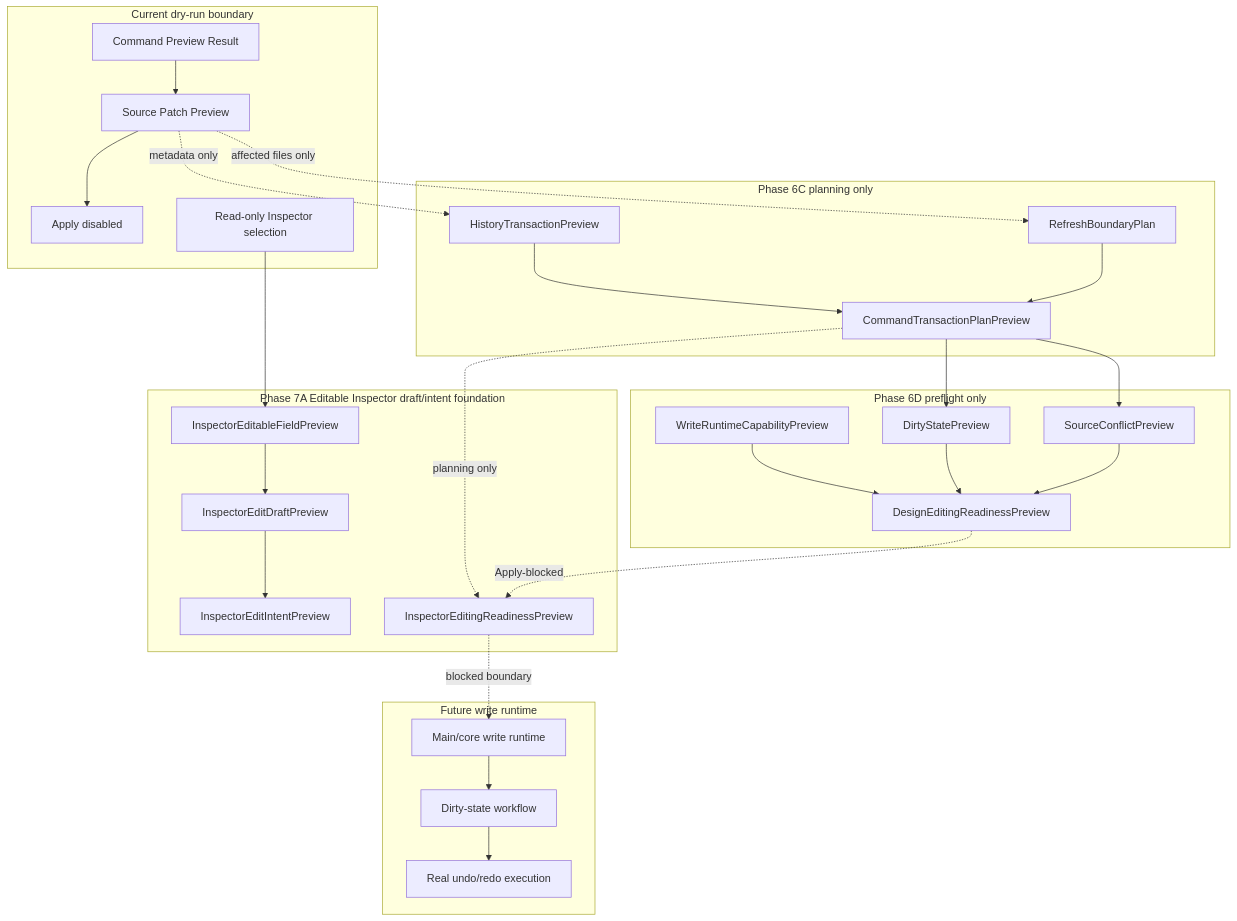
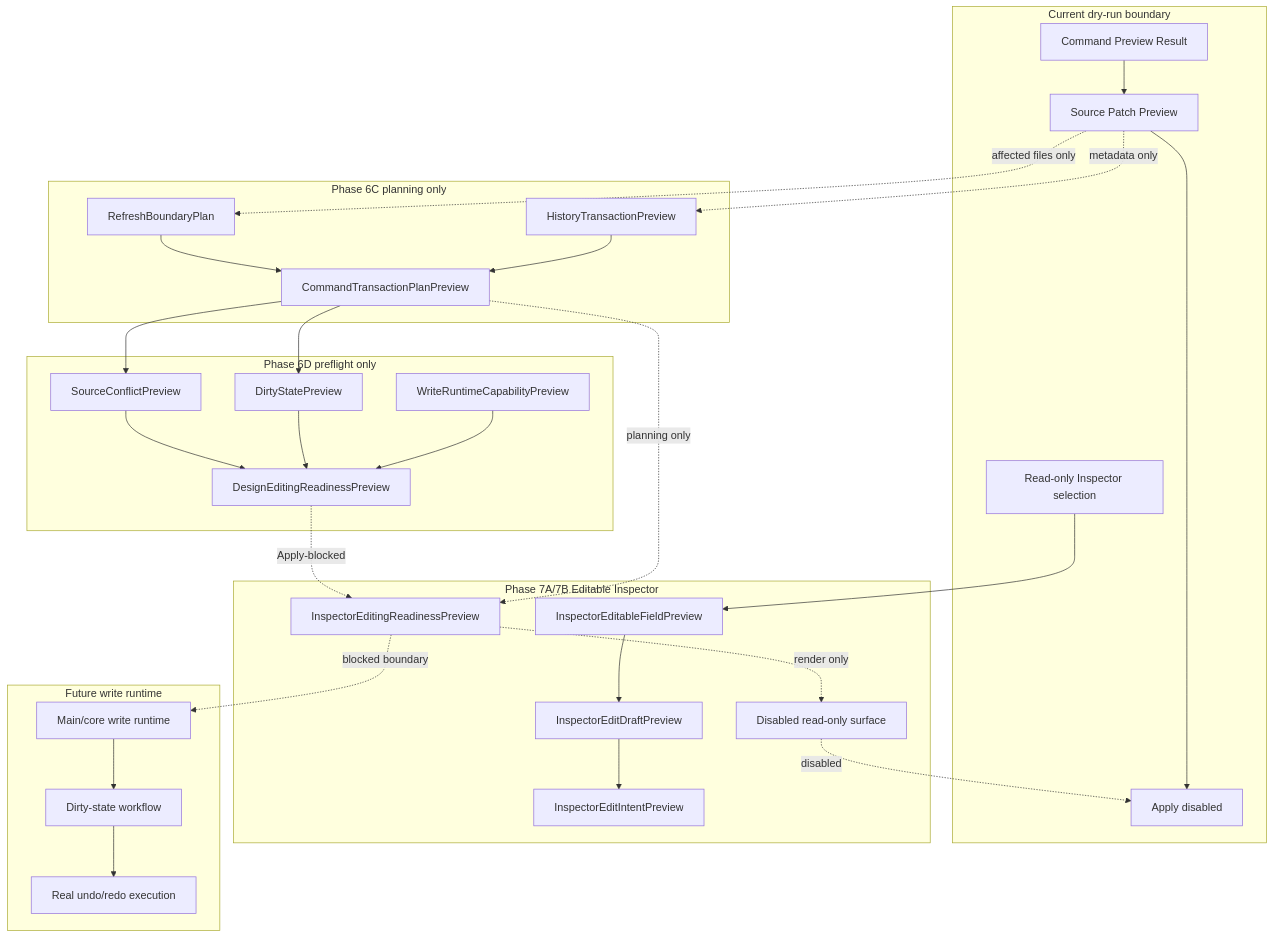
Before and after one commit to krestosa/Crystal: the diagram in docs/architecture/flows/future-write-flow.md, drawn with Mermaid. The commit also changed other lines of this file, not shown here.

Commit message:
Document editable inspector surface write boundary

````diff
--- a/docs/architecture/flows/future-write-flow.md
+++ b/docs/architecture/flows/future-write-flow.md
@@ -90,51 +97,54 @@
 ```mermaid
 flowchart TD
   subgraph Current[Current dry-run boundary]
     CommandPreview[Command Preview Result]
     PatchPreview[Source Patch Preview]
     ApplyDisabled[Apply disabled]
     InspectorSelection[Read-only Inspector selection]
   end
 
   subgraph Phase6C[Phase 6C planning only]
     HistoryPreview[HistoryTransactionPreview]
     RefreshPlan[RefreshBoundaryPlan]
     TransactionPlan[CommandTransactionPlanPreview]
   end
 
   subgraph Phase6D[Phase 6D preflight only]
     Dirty[DirtyStatePreview]
     Conflict[SourceConflictPreview]
     Runtime[WriteRuntimeCapabilityPreview]
     Readiness[DesignEditingReadinessPreview]
   end
 
-  subgraph Phase7A[Phase 7A Editable Inspector draft/intent foundation]
+  subgraph Phase7[Phase 7A/7B Editable Inspector]
     Field[InspectorEditableFieldPreview]
     Draft[InspectorEditDraftPreview]
     Intent[InspectorEditIntentPreview]
     InspectorReady[InspectorEditingReadinessPreview]
+    Surface[Disabled read-only surface]
   end
 
   subgraph Future[Future write runtime]
     WriteRuntime[Main/core write runtime]
     DirtyState[Dirty-state workflow]
     RealHistory[Real undo/redo execution]
   end
 
   CommandPreview --> PatchPreview --> ApplyDisabled
   PatchPreview -. metadata only .-> HistoryPreview
   PatchPreview -. affected files only .-> RefreshPlan
   HistoryPreview --> TransactionPlan
   RefreshPlan --> TransactionPlan
   TransactionPlan --> Dirty
   TransactionPlan --> Conflict
   Runtime --> Readiness
   Dirty --> Readiness
   Conflict --> Readiness
   InspectorSelection --> Field --> Draft --> Intent
   TransactionPlan -. planning only .-> InspectorReady
   Readiness -. Apply-blocked .-> InspectorReady
+  InspectorReady -. render only .-> Surface
+  Surface -. disabled .-> ApplyDisabled
   InspectorReady -. blocked boundary .-> WriteRuntime
   WriteRuntime --> DirtyState --> RealHistory
 ```
````
